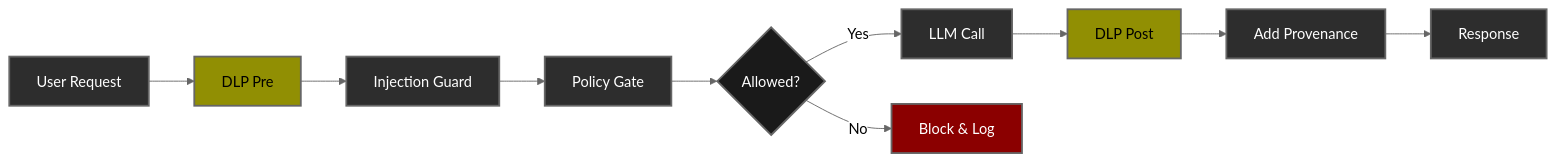
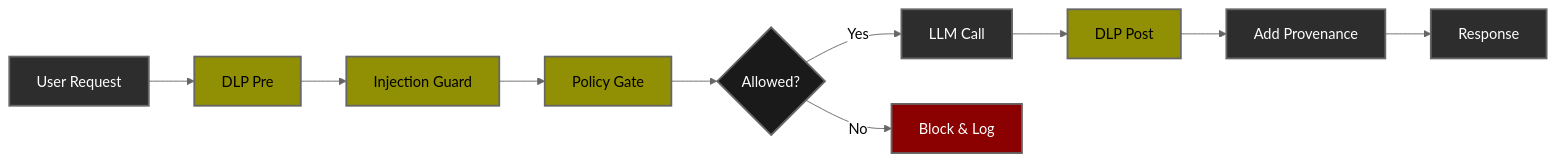
The diagram in labs/01-pii-safe-summarizer/README.md (SP-Autonomy/ai-security-labs-handbook), drawn with Mermaid (neutral theme) before and after one commit.

Commit message:
Improved README readability

````diff
--- a/labs/01-pii-safe-summarizer/README.md
+++ b/labs/01-pii-safe-summarizer/README.md
@@ -239,23 +239,23 @@
 ```mermaid
 graph LR
     A[User Request] --> B[DLP Pre]
     B --> C[Injection Guard]
     C --> D[Policy Gate]
     D --> E{Allowed?}
     E -->|Yes| F[LLM Call]
     E -->|No| G[Block & Log]
     F --> H[DLP Post]
     H --> I[Add Provenance]
     I --> J[Response]
     
     style A fill:#2d2d2d,stroke:#666,stroke-width:2px,color:#fff
     style B fill:#918f03,stroke:#666,stroke-width:2px,color:#000
-    style C fill:#2d2d2d,stroke:#666,stroke-width:2px,color:#fff
-    style D fill:#2d2d2d,stroke:#666,stroke-width:2px,color:#fff
+    style C fill:#918f03,stroke:#666,stroke-width:2px,color:#000
+    style D fill:#918f03,stroke:#666,stroke-width:2px,color:#000
     style E fill:#1a1a1a,stroke:#666,stroke-width:2px,color:#fff
     style F fill:#2d2d2d,stroke:#666,stroke-width:2px,color:#fff
     style G fill:#8b0000,stroke:#666,stroke-width:2px,color:#fff
     style H fill:#918f03,stroke:#666,stroke-width:2px,color:#000
     style I fill:#2d2d2d,stroke:#666,stroke-width:2px,color:#fff
     style J fill:#2d2d2d,stroke:#666,stroke-width:2px,color:#fff
 ```
````
